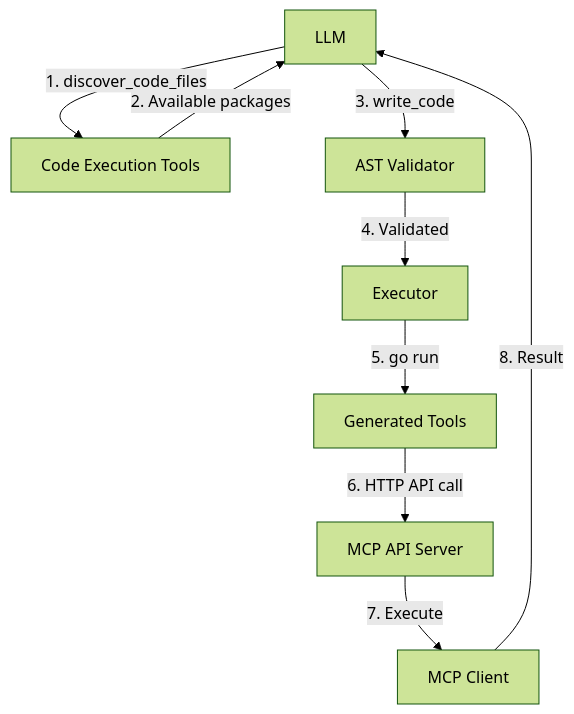
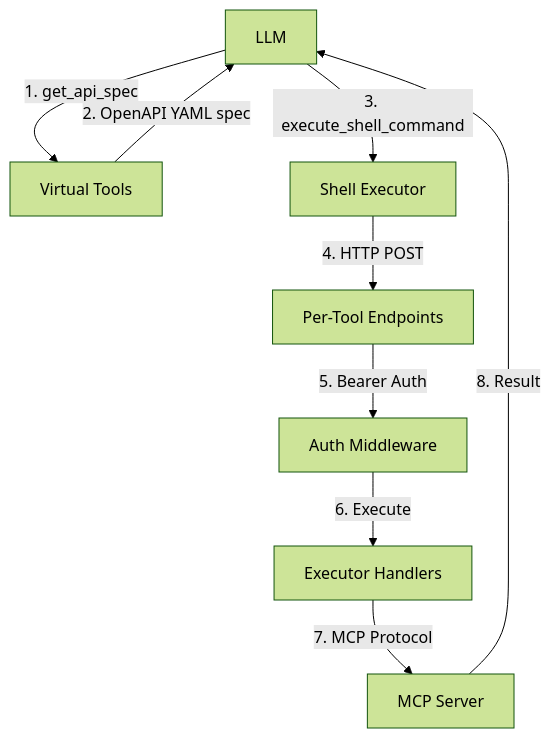
The diagram in docs/code_execution_agent.md (manishiitg/mcpagent), drawn with Mermaid (forest theme) before and after one commit. The commit also changed other lines of this file and 58 other files, not shown here.

First line of the commit message:
feat: migrate code execution from Go codegen to OpenAPI + Python

````diff
--- a/docs/code_execution_agent.md
+++ b/docs/code_execution_agent.md
@@ -81,11 +110,11 @@
 ```mermaid
 graph TD
-    LLM[LLM] -->|1. discover_code_files| CT[Code Execution Tools]
-    CT -->|2. Available packages| LLM
-    LLM -->|3. write_code| VAL[AST Validator]
-    VAL -->|4. Validated| EXEC[Executor]
-    EXEC -->|5. go run| GEN[Generated Tools]
-    GEN -->|6. HTTP API call| API[MCP API Server]
-    API -->|7. Execute| MCP[MCP Client]
+    LLM[LLM] -->|1. get_api_spec| VT[Virtual Tools]
+    VT -->|2. OpenAPI YAML spec| LLM
+    LLM -->|3. execute_shell_command| EXEC[Shell Executor]
+    EXEC -->|4. HTTP POST| API[Per-Tool Endpoints]
+    API -->|5. Bearer Auth| MW[Auth Middleware]
+    MW -->|6. Execute| HANDLER[Executor Handlers]
+    HANDLER -->|7. MCP Protocol| MCP[MCP Server]
     MCP -->|8. Result| LLM
 ```
````
